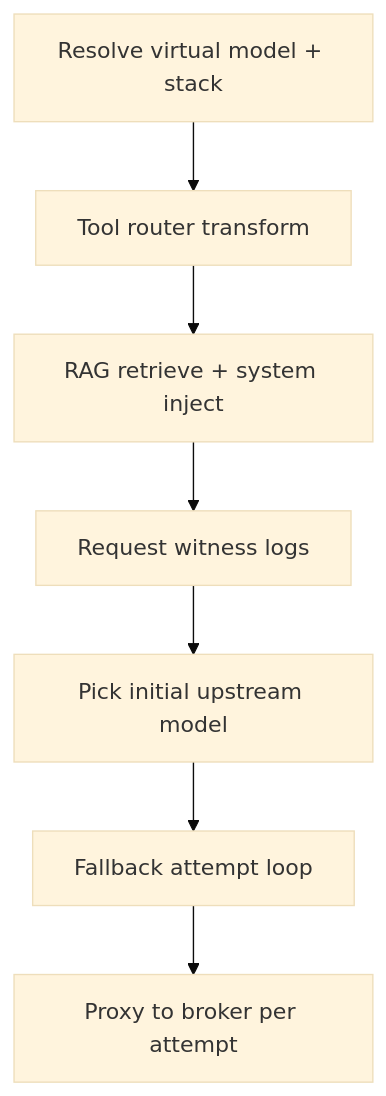
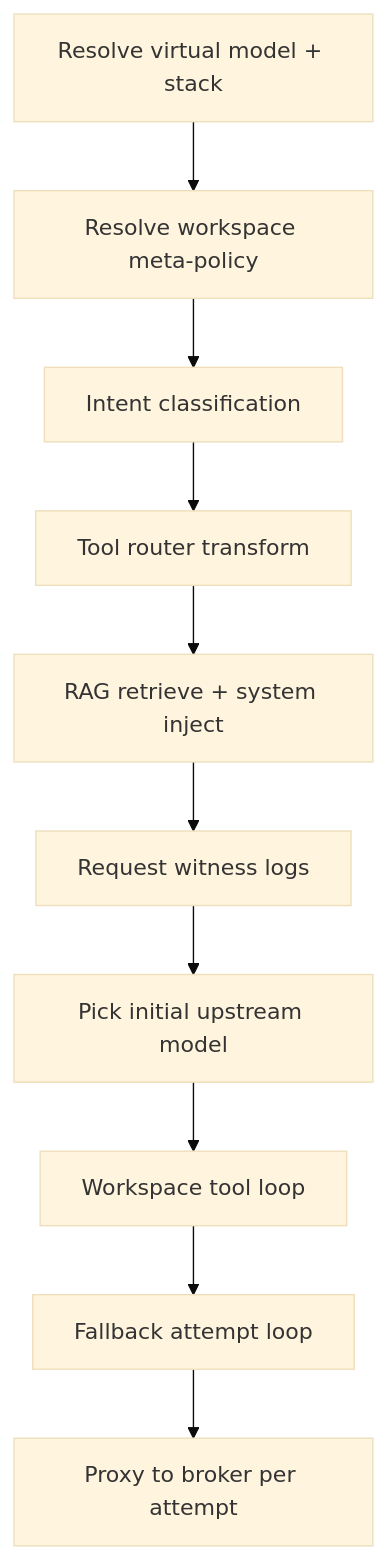
Before and after one commit to lynnvfrank/porcelain: the diagram in docs/features/gateway-chat-routing-pipeline.md, drawn with Mermaid (base theme). The commit also changed other lines of this file and 88 other files, not shown here.

````diff
--- a/docs/features/gateway-chat-routing-pipeline.md
+++ b/docs/features/gateway-chat-routing-pipeline.md
@@ -32,9 +32,12 @@
 ```mermaid
 flowchart TD
-  A[Resolve virtual model + stack] --> B[Tool router transform]
-  B --> C[RAG retrieve + system inject]
-  C --> D[Request witness logs]
-  D --> E[Pick initial upstream model]
-  E --> F[Fallback attempt loop]
-  F --> G[Proxy to broker per attempt]
+  A[Resolve virtual model + stack] --> B[Resolve workspace meta-policy]
+  B --> C[Intent classification]
+  C --> D[Tool router transform]
+  D --> E[RAG retrieve + system inject]
+  E --> F[Request witness logs]
+  F --> G[Pick initial upstream model]
+  G --> H[Workspace tool loop]
+  H --> I[Fallback attempt loop]
+  I --> J[Proxy to broker per attempt]
 ```
````
